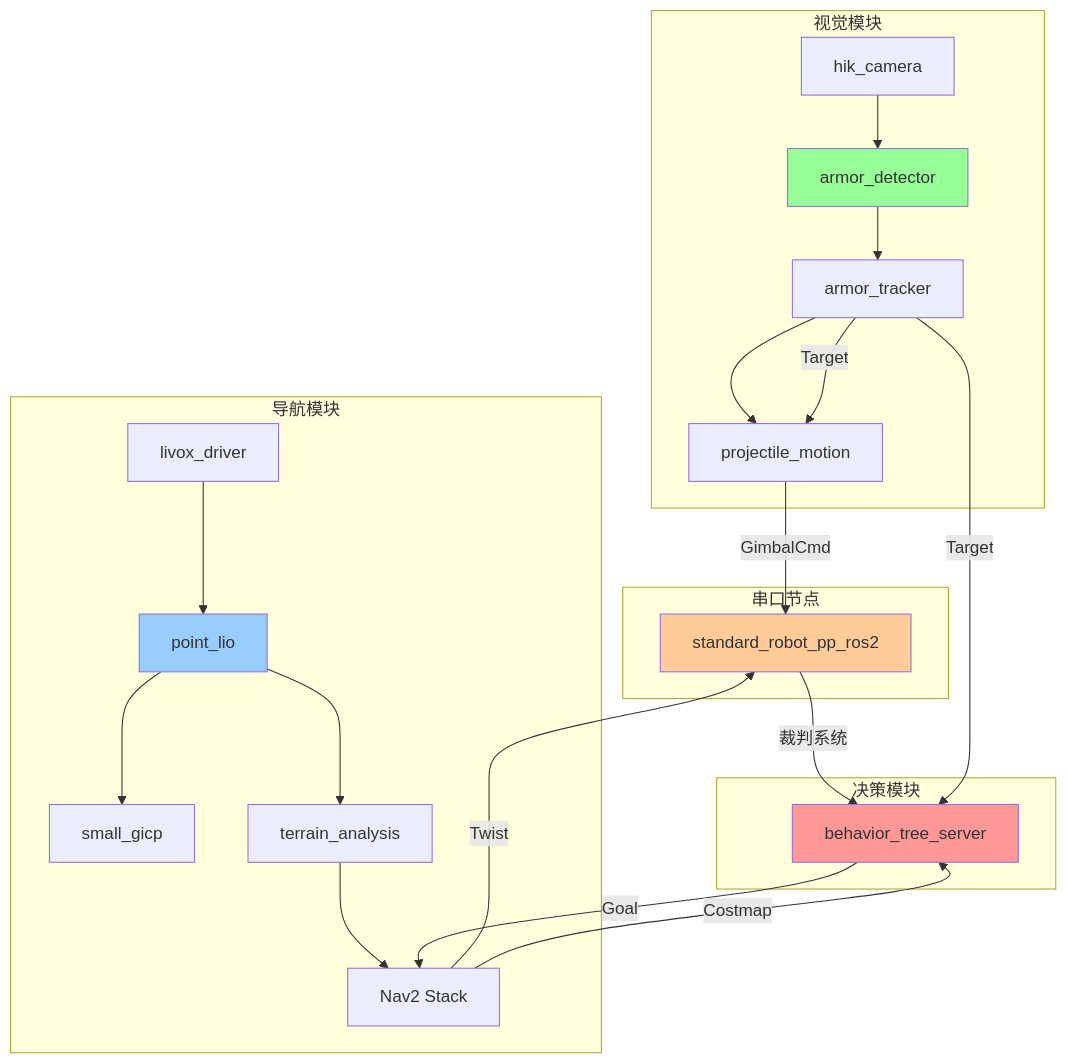
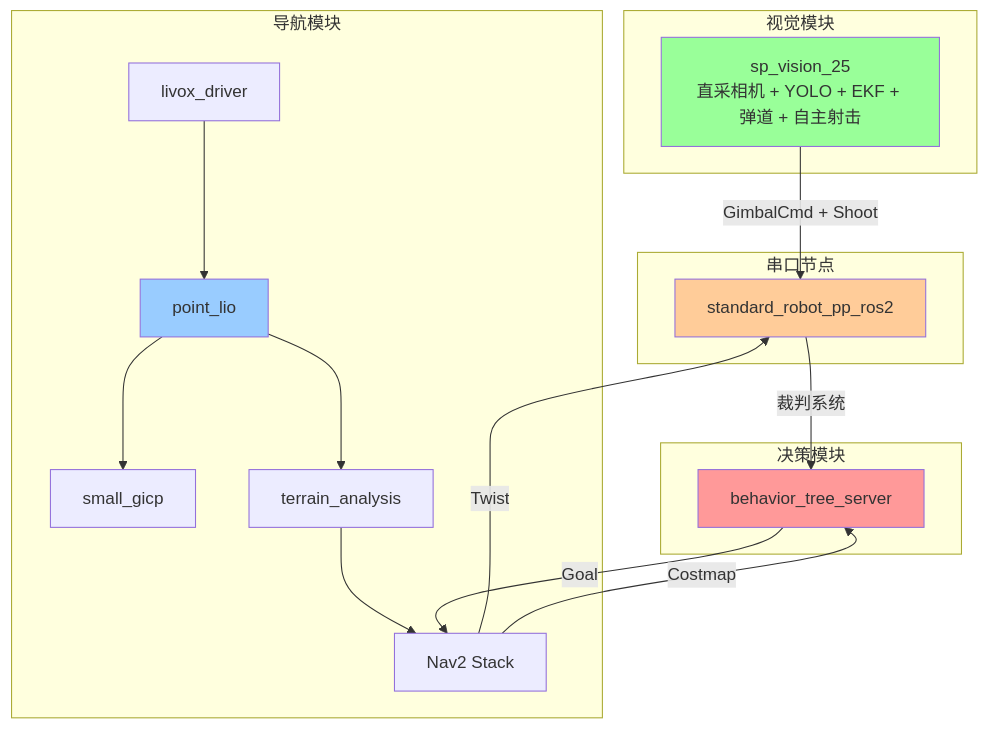
One commit to happywosabi/pb2025_sentry_ws changed the seventh of 7 diagrams in docs/01_系统架构.md. Above: the diagram before and after it, drawn with Mermaid. The commit also changed other lines of this file and 12 other files, not shown here.

````diff
--- a/docs/01_系统架构.md
+++ b/docs/01_系统架构.md
@@ -373,37 +380,33 @@
 ```mermaid
 graph TB
     subgraph 串口节点
         SERIAL[standard_robot_pp_ros2]
     end
 
     subgraph 视觉模块
-        CAM[hik_camera] --> DET[armor_detector]
-        DET --> TRACK[armor_tracker]
-        TRACK --> PROJ[projectile_motion]
+        SPV[sp_vision_25<br/>直采相机 + YOLO + EKF + 弹道 + 自主射击]
     end
 
     subgraph 导航模块
         LIDAR[livox_driver] --> PL[point_lio]
         PL --> GICP[small_gicp]
         PL --> TA[terrain_analysis]
         TA --> NAV2[Nav2 Stack]
     end
 
     subgraph 决策模块
         BT[behavior_tree_server]
     end
 
-    PROJ --> |GimbalCmd| SERIAL
+    SPV --> |GimbalCmd + Shoot| SERIAL
     NAV2 --> |Twist| SERIAL
     BT --> |Goal| NAV2
 
     SERIAL --> |裁判系统| BT
-    TRACK --> |Target| BT
-    TRACK --> |Target| PROJ
     NAV2 --> |Costmap| BT
 
     style SERIAL fill:#ffcc99
-    style DET fill:#99ff99
+    style SPV fill:#99ff99
     style PL fill:#99ccff
     style BT fill:#ff9999
 ```
````
